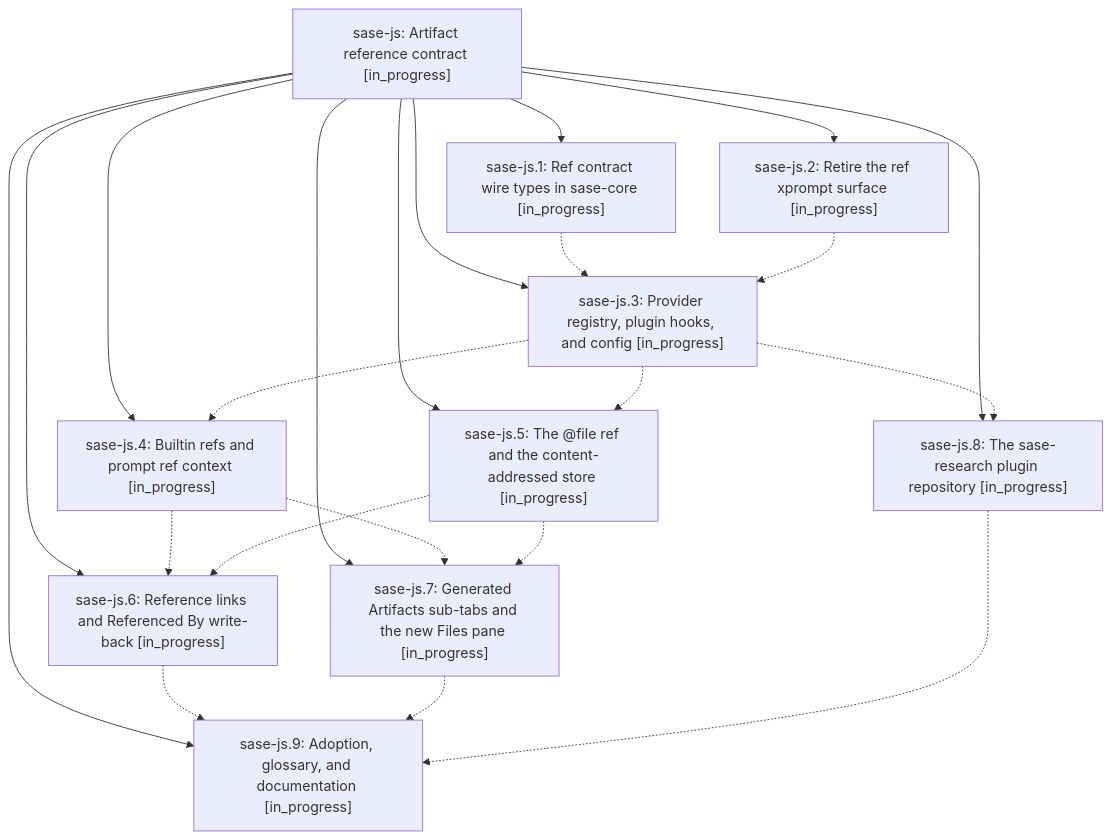
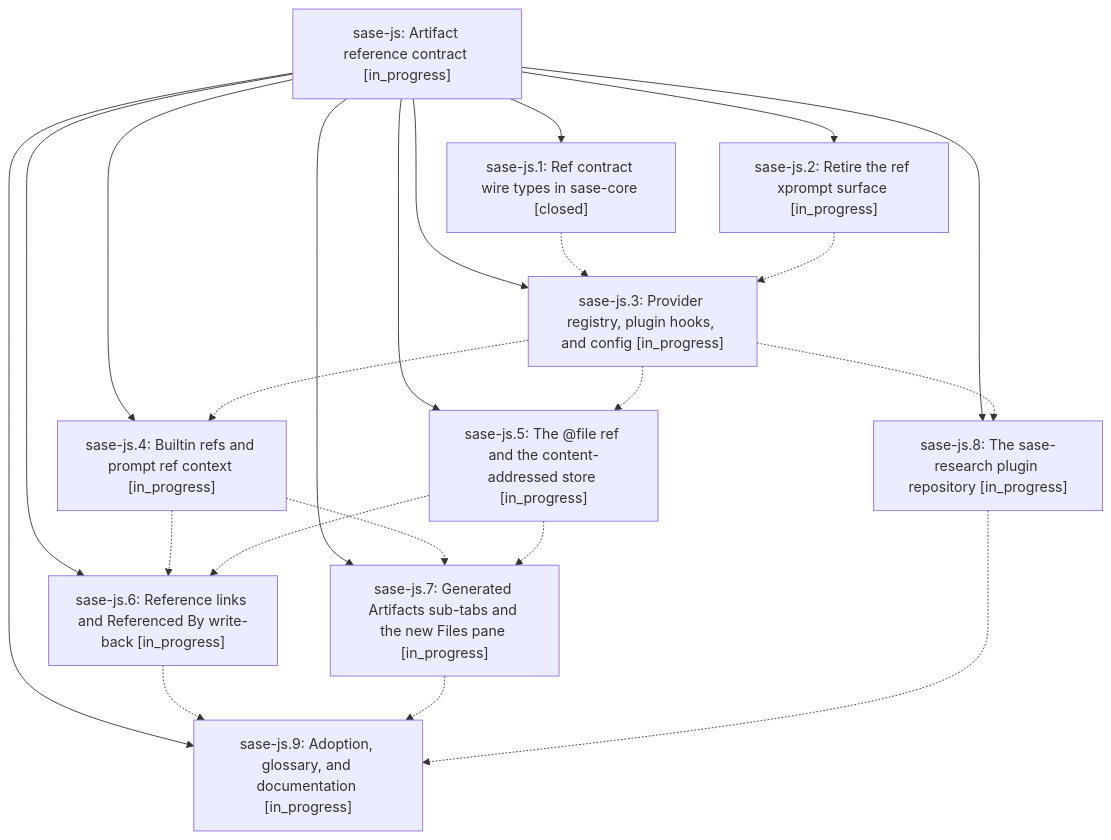
The diagram in pages/sase-js/README.md (sase-org/sase--beads), drawn with Mermaid before and after one commit. The commit also changed other lines of this file and 2 other files, not shown here.

First line of the commit message:
chore(beads): sync bead state and pages for sase-js

````diff
--- a/pages/sase-js/README.md
+++ b/pages/sase-js/README.md
@@ -30,34 +30,34 @@
 ```mermaid
 flowchart TD
     n0["sase-js: Artifact reference contract [in_progress]"]
-    n1["sase-js.1: Ref contract wire types in sase-core [in_progress]"]
+    n1["sase-js.1: Ref contract wire types in sase-core [closed]"]
     n2["sase-js.2: Retire the ref xprompt surface [in_progress]"]
     n3["sase-js.3: Provider registry, plugin hooks, and config [in_progress]"]
     n4["sase-js.4: Builtin refs and prompt ref context [in_progress]"]
     n5["sase-js.5: The @file ref and the content-addressed store [in_progress]"]
     n6["sase-js.6: Reference links and Referenced By write-back [in_progress]"]
     n7["sase-js.7: Generated Artifacts sub-tabs and the new Files pane [in_progress]"]
     n8["sase-js.8: The sase-research plugin repository [in_progress]"]
     n9["sase-js.9: Adoption, glossary, and documentation [in_progress]"]
     n0 --> n1
     n0 --> n2
     n0 --> n3
     n0 --> n4
     n0 --> n5
     n0 --> n6
     n0 --> n7
     n0 --> n8
     n0 --> n9
     n1 -.-> n3
     n2 -.-> n3
     n3 -.-> n4
     n3 -.-> n5
     n3 -.-> n8
     n4 -.-> n6
     n4 -.-> n7
     n5 -.-> n6
     n5 -.-> n7
     n6 -.-> n9
     n7 -.-> n9
     n8 -.-> n9
 ```
````
